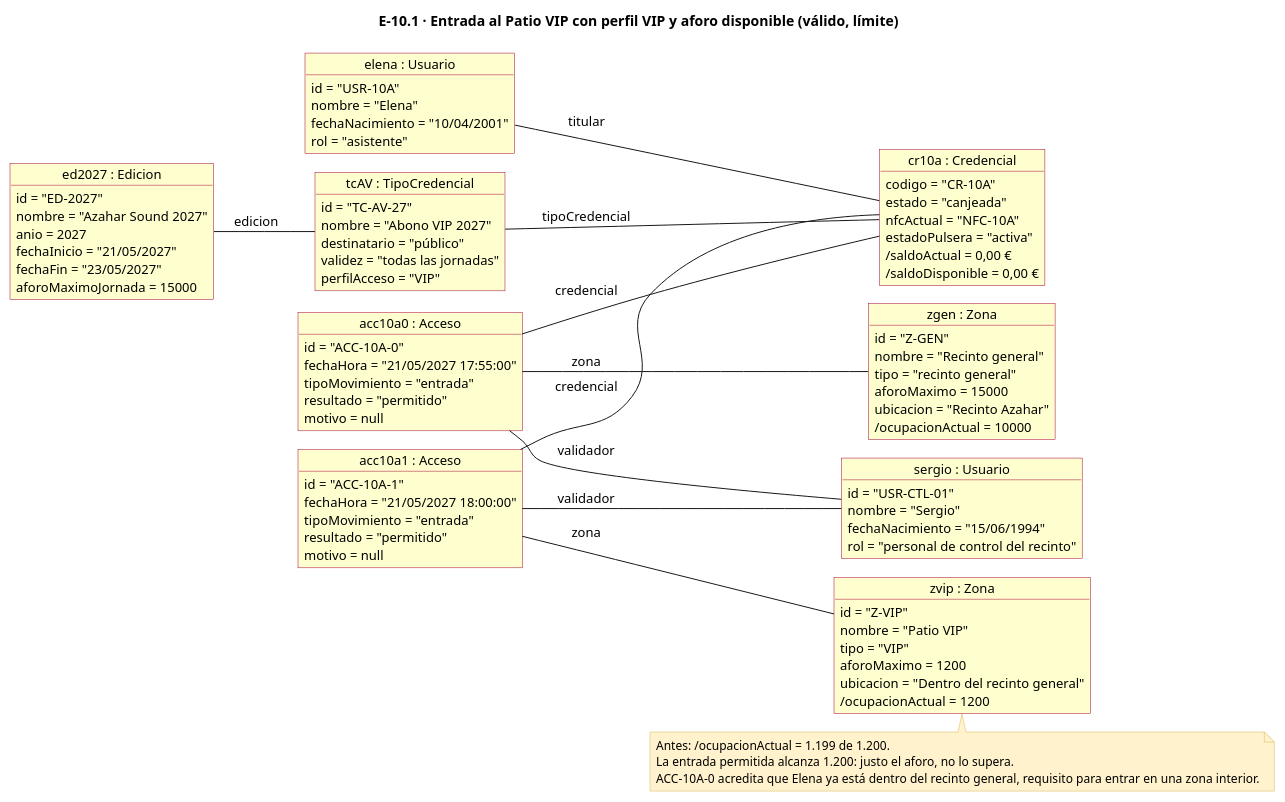
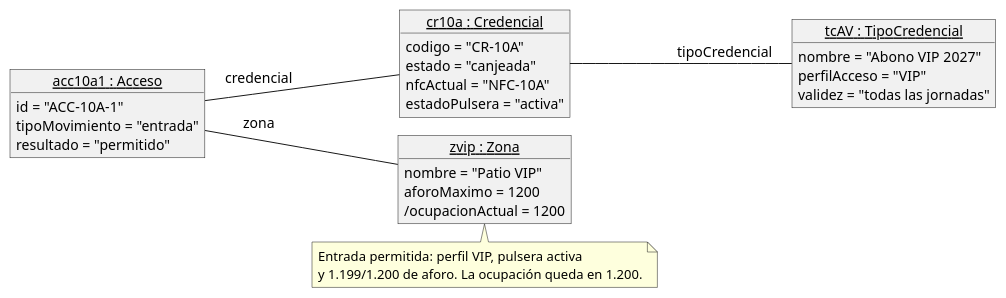
The diagram in docs/diagramas/escenarios/e10-1.puml (Antmungar2/proyecto-curso-iissi1-2026-antmungar2), drawn with PlantUML before and after one commit. The commit also changed 30 other files, not shown here.

Commit message:
E2: simplificar diagramas de R.N.10 y R.N.11 al estilo de Darya

```diff
--- a/docs/diagramas/escenarios/e10-1.puml
+++ b/docs/diagramas/escenarios/e10-1.puml
@@ -1,103 +1,52 @@
 @startuml
 !pragma layout smetana
-title E-10.1 · Entrada al Patio VIP con perfil VIP y aforo disponible (válido, límite)
 hide empty members
-left to right direction
 skinparam backgroundColor #FFFFFF
+skinparam shadowing false
 skinparam defaultFontName Helvetica
-skinparam defaultFontSize 13
+skinparam defaultFontSize 14
 skinparam object {
-  BackgroundColor #FEFECE
-  BorderColor #A80036
+  BackgroundColor #F1F1F1
+  BorderColor #181818
+  FontSize 14
+}
+skinparam note {
+  BackgroundColor #FEFFDD
+  BorderColor #181818
   FontSize 13
 }
-skinparam note {
-  BackgroundColor #FFF2CC
-  BorderColor #D6B656
-  FontSize 12
-}
 skinparam nodesep 30
-skinparam ranksep 30
+skinparam ranksep 35
+left to right direction
 
-object "ed2027 : Edicion" as ed2027 {
-  id = "ED-2027"
-  nombre = "Azahar Sound 2027"
-  anio = 2027
-  fechaInicio = "21/05/2027"
-  fechaFin = "23/05/2027"
-  aforoMaximoJornada = 15000
-}
-object "zgen : Zona" as zgen {
-  id = "Z-GEN"
-  nombre = "Recinto general"
-  tipo = "recinto general"
-  aforoMaximo = 15000
-  ubicacion = "Recinto Azahar"
-  /ocupacionActual = 10000
-}
-object "zvip : Zona" as zvip {
-  id = "Z-VIP"
-  nombre = "Patio VIP"
-  tipo = "VIP"
-  aforoMaximo = 1200
-  ubicacion = "Dentro del recinto general"
-  /ocupacionActual = 1200
-}
-object "tcAV : TipoCredencial" as tcAV {
-  id = "TC-AV-27"
-  nombre = "Abono VIP 2027"
-  destinatario = "público"
-  validez = "todas las jornadas"
-  perfilAcceso = "VIP"
-}
-object "elena : Usuario" as elena {
-  id = "USR-10A"
-  nombre = "Elena"
-  fechaNacimiento = "10/04/2001"
-  rol = "asistente"
-}
-object "cr10a : Credencial" as cr10a {
+object "<u>cr10a : Credencial</u>" as cr10a {
   codigo = "CR-10A"
   estado = "canjeada"
   nfcActual = "NFC-10A"
   estadoPulsera = "activa"
-  /saldoActual = 0,00 €
-  /saldoDisponible = 0,00 €
 }
-object "sergio : Usuario" as sergio {
-  id = "USR-CTL-01"
-  nombre = "Sergio"
-  fechaNacimiento = "15/06/1994"
-  rol = "personal de control del recinto"
+object "<u>tcAV : TipoCredencial</u>" as tcAV {
+  nombre = "Abono VIP 2027"
+  perfilAcceso = "VIP"
+  validez = "todas las jornadas"
 }
-object "acc10a0 : Acceso" as acc10a0 {
-  id = "ACC-10A-0"
-  fechaHora = "21/05/2027 17:55:00"
+object "<u>zvip : Zona</u>" as zvip {
+  nombre = "Patio VIP"
+  aforoMaximo = 1200
+  /ocupacionActual = 1200
+}
+object "<u>acc10a1 : Acceso</u>" as acc10a1 {
+  id = "ACC-10A-1"
   tipoMovimiento = "entrada"
   resultado = "permitido"
-  motivo = null
-}
-object "acc10a1 : Acceso" as acc10a1 {
-  id = "ACC-10A-1"
-  fechaHora = "21/05/2027 18:00:00"
-  tipoMovimiento = "entrada"
-  resultado = "permitido"
-  motivo = null
 }
 
-ed2027 -- tcAV : edicion
-tcAV -- cr10a : tipoCredencial
-elena -- cr10a : titular
-acc10a0 -- cr10a : credencial
-acc10a0 -- zgen : zona
-acc10a0 -- sergio : validador
+cr10a -- tcAV : tipoCredencial
 acc10a1 -- cr10a : credencial
 acc10a1 -- zvip : zona
-acc10a1 -- sergio : validador
 
 note bottom of zvip
-Antes: /ocupacionActual = 1.199 de 1.200.
-La entrada permitida alcanza 1.200: justo el aforo, no lo supera.
-ACC-10A-0 acredita que Elena ya está dentro del recinto general, requisito para entrar en una zona interior.
+Entrada permitida: perfil VIP, pulsera activa
+y 1.199/1.200 de aforo. La ocupación queda en 1.200.
 end note
 @enduml
```
